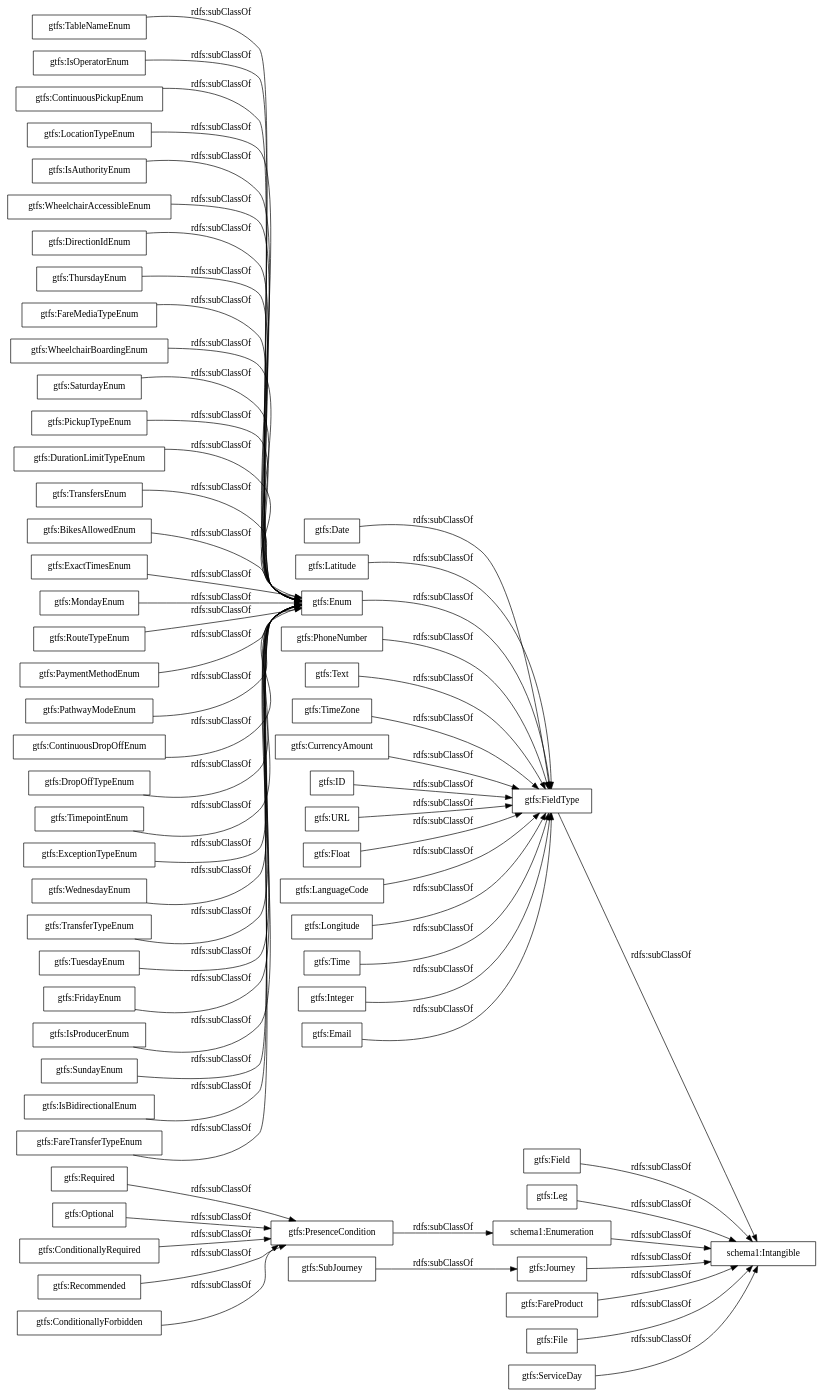
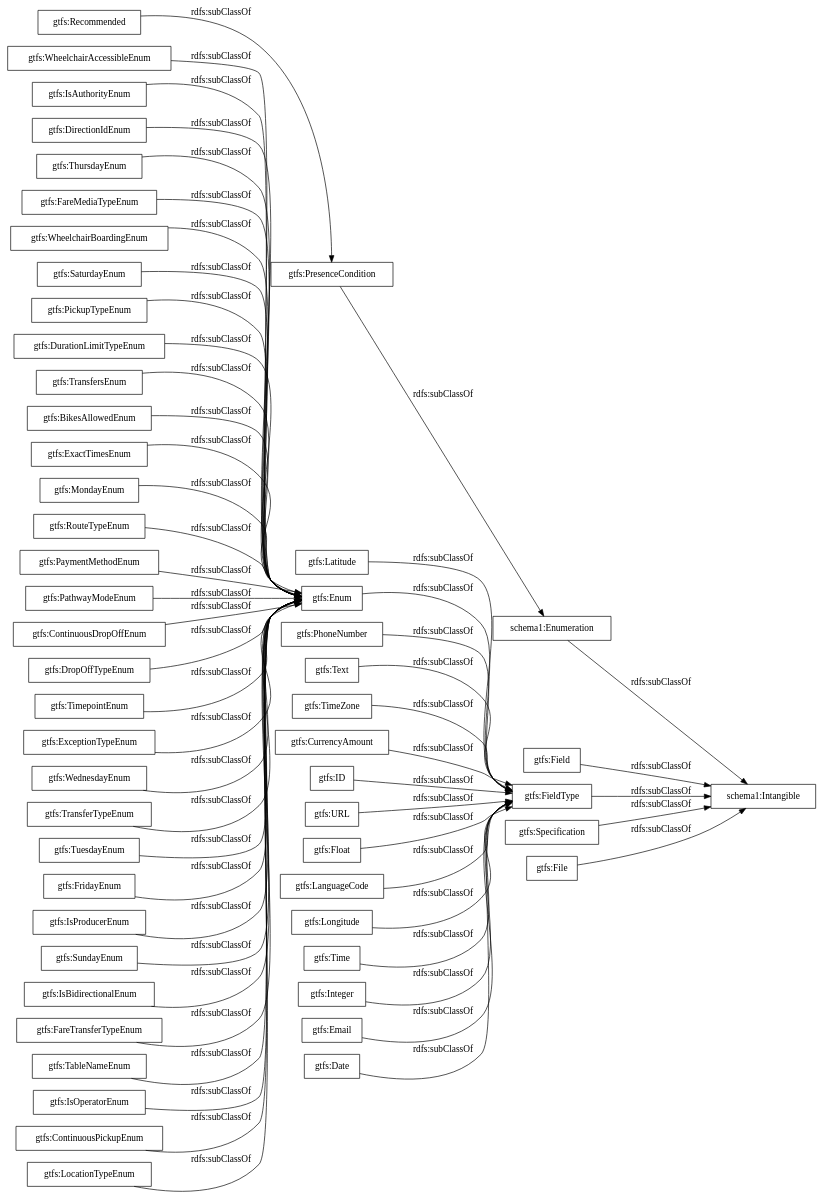
Before and after one commit to UTEL-UIUC/GTFS_Ontology: the diagram in OnToology/GTFS_base.ttl/diagrams/ar2dtool-taxonomy/GTFS_base.ttl.png.dot, drawn with Graphviz. The commit also changed 13 other files, not shown here.

```diff
--- a/OnToology/GTFS_base.ttl/diagrams/ar2dtool-taxonomy/GTFS_base.ttl.png.dot
+++ b/OnToology/GTFS_base.ttl/diagrams/ar2dtool-taxonomy/GTFS_base.ttl.png.dot
@@ -1,68 +1,60 @@
 digraph ar2dtool_diagram { 
 rankdir=LR;
 size="1000"
-node [shape = rectangle, color="black"]; "gtfs:Required" "gtfs:WheelchairAccessibleEnum" "gtfs:DirectionIdEnum" "schema1:Intangible" "gtfs:PhoneNumber" "gtfs:ThursdayEnum" "gtfs:FareMediaTypeEnum" "gtfs:WheelchairBoardingEnum" "gtfs:SaturdayEnum" "gtfs:Text" "gtfs:PickupTypeEnum" "gtfs:DurationLimitTypeEnum" "gtfs:TransfersEnum" "gtfs:TimeZone" "gtfs:BikesAllowedEnum" "gtfs:CurrencyAmount" "gtfs:SubJourney" "gtfs:Field" "gtfs:ExactTimesEnum" "gtfs:ID" "gtfs:MondayEnum" "gtfs:RouteTypeEnum" "gtfs:Leg" "gtfs:URL" "gtfs:PaymentMethodEnum" "gtfs:PathwayModeEnum" "gtfs:Float" "gtfs:ContinuousDropOffEnum" "gtfs:DropOffTypeEnum" "schema1:Enumeration" "gtfs:TimepointEnum" "gtfs:ExceptionTypeEnum" "gtfs:WednesdayEnum" "gtfs:LanguageCode" "gtfs:TransferTypeEnum" "gtfs:Longitude" "gtfs:TuesdayEnum" "gtfs:FridayEnum" "gtfs:FieldType" "gtfs:Journey" "gtfs:Optional" "gtfs:Time" "gtfs:IsProducerEnum" "gtfs:SundayEnum" "gtfs:FareProduct" "gtfs:IsBidirectionalEnum" "gtfs:FareTransferTypeEnum" "gtfs:File" "gtfs:Integer" "gtfs:ServiceDay" "gtfs:Email" "gtfs:ConditionallyRequired" "gtfs:TableNameEnum" "gtfs:IsOperatorEnum" "gtfs:ContinuousPickupEnum" "gtfs:Recommended" "gtfs:LocationTypeEnum" "gtfs:ConditionallyForbidden" "gtfs:Date" "gtfs:PresenceCondition" "gtfs:Enum" "gtfs:Latitude" "gtfs:IsAuthorityEnum" ; /*classes style*/
+node [shape = rectangle, color="black"]; "gtfs:WheelchairAccessibleEnum" "gtfs:DirectionIdEnum" "schema1:Intangible" "gtfs:PhoneNumber" "gtfs:ThursdayEnum" "gtfs:FareMediaTypeEnum" "gtfs:WheelchairBoardingEnum" "gtfs:SaturdayEnum" "gtfs:Text" "gtfs:PickupTypeEnum" "gtfs:DurationLimitTypeEnum" "gtfs:TransfersEnum" "gtfs:TimeZone" "gtfs:BikesAllowedEnum" "gtfs:CurrencyAmount" "gtfs:Field" "gtfs:ExactTimesEnum" "gtfs:ID" "gtfs:MondayEnum" "gtfs:RouteTypeEnum" "gtfs:URL" "gtfs:PaymentMethodEnum" "gtfs:PathwayModeEnum" "gtfs:Float" "gtfs:ContinuousDropOffEnum" "gtfs:DropOffTypeEnum" "schema1:Enumeration" "gtfs:TimepointEnum" "gtfs:ExceptionTypeEnum" "gtfs:Specification" "gtfs:WednesdayEnum" "gtfs:LanguageCode" "gtfs:TransferTypeEnum" "gtfs:Longitude" "gtfs:TuesdayEnum" "gtfs:FridayEnum" "gtfs:FieldType" "gtfs:Time" "gtfs:IsProducerEnum" "gtfs:SundayEnum" "gtfs:IsBidirectionalEnum" "gtfs:FareTransferTypeEnum" "gtfs:File" "gtfs:Integer" "gtfs:Email" "gtfs:TableNameEnum" "gtfs:IsOperatorEnum" "gtfs:ContinuousPickupEnum" "gtfs:Recommended" "gtfs:LocationTypeEnum" "gtfs:Date" "gtfs:PresenceCondition" "gtfs:Enum" "gtfs:Latitude" "gtfs:IsAuthorityEnum" ; /*classes style*/
 	"gtfs:PhoneNumber" -> "gtfs:FieldType" [ label = "rdfs:subClassOf" ];
 	"schema1:Enumeration" -> "schema1:Intangible" [ label = "rdfs:subClassOf" ];
 	"gtfs:ContinuousDropOffEnum" -> "gtfs:Enum" [ label = "rdfs:subClassOf" ];
-	"gtfs:FareProduct" -> "schema1:Intangible" [ label = "rdfs:subClassOf" ];
 	"gtfs:TransfersEnum" -> "gtfs:Enum" [ label = "rdfs:subClassOf" ];
 	"gtfs:IsOperatorEnum" -> "gtfs:Enum" [ label = "rdfs:subClassOf" ];
 	"gtfs:Integer" -> "gtfs:FieldType" [ label = "rdfs:subClassOf" ];
 	"gtfs:TimeZone" -> "gtfs:FieldType" [ label = "rdfs:subClassOf" ];
 	"gtfs:ExactTimesEnum" -> "gtfs:Enum" [ label = "rdfs:subClassOf" ];
 	"gtfs:SundayEnum" -> "gtfs:Enum" [ label = "rdfs:subClassOf" ];
 	"gtfs:PaymentMethodEnum" -> "gtfs:Enum" [ label = "rdfs:subClassOf" ];
 	"gtfs:DirectionIdEnum" -> "gtfs:Enum" [ label = "rdfs:subClassOf" ];
 	"gtfs:Email" -> "gtfs:FieldType" [ label = "rdfs:subClassOf" ];
 	"gtfs:TimepointEnum" -> "gtfs:Enum" [ label = "rdfs:subClassOf" ];
 	"gtfs:DropOffTypeEnum" -> "gtfs:Enum" [ label = "rdfs:subClassOf" ];
 	"gtfs:Text" -> "gtfs:FieldType" [ label = "rdfs:subClassOf" ];
 	"gtfs:Recommended" -> "gtfs:PresenceCondition" [ label = "rdfs:subClassOf" ];
 	"gtfs:FridayEnum" -> "gtfs:Enum" [ label = "rdfs:subClassOf" ];
 	"gtfs:TableNameEnum" -> "gtfs:Enum" [ label = "rdfs:subClassOf" ];
 	"gtfs:PathwayModeEnum" -> "gtfs:Enum" [ label = "rdfs:subClassOf" ];
 	"gtfs:DurationLimitTypeEnum" -> "gtfs:Enum" [ label = "rdfs:subClassOf" ];
 	"gtfs:FieldType" -> "schema1:Intangible" [ label = "rdfs:subClassOf" ];
 	"gtfs:ContinuousPickupEnum" -> "gtfs:Enum" [ label = "rdfs:subClassOf" ];
 	"gtfs:Date" -> "gtfs:FieldType" [ label = "rdfs:subClassOf" ];
 	"gtfs:WednesdayEnum" -> "gtfs:Enum" [ label = "rdfs:subClassOf" ];
 	"gtfs:IsProducerEnum" -> "gtfs:Enum" [ label = "rdfs:subClassOf" ];
 	"gtfs:TuesdayEnum" -> "gtfs:Enum" [ label = "rdfs:subClassOf" ];
 	"gtfs:CurrencyAmount" -> "gtfs:FieldType" [ label = "rdfs:subClassOf" ];
 	"gtfs:Field" -> "schema1:Intangible" [ label = "rdfs:subClassOf" ];
 	"gtfs:LanguageCode" -> "gtfs:FieldType" [ label = "rdfs:subClassOf" ];
-	"gtfs:FareTransferTypeEnum" -> "gtfs:Enum" [ label = "rdfs:subClassOf" ];
 	"gtfs:PickupTypeEnum" -> "gtfs:Enum" [ label = "rdfs:subClassOf" ];
 	"gtfs:ThursdayEnum" -> "gtfs:Enum" [ label = "rdfs:subClassOf" ];
-	"gtfs:Required" -> "gtfs:PresenceCondition" [ label = "rdfs:subClassOf" ];
+	"gtfs:FareTransferTypeEnum" -> "gtfs:Enum" [ label = "rdfs:subClassOf" ];
 	"gtfs:File" -> "schema1:Intangible" [ label = "rdfs:subClassOf" ];
-	"gtfs:ServiceDay" -> "schema1:Intangible" [ label = "rdfs:subClassOf" ];
 	"gtfs:MondayEnum" -> "gtfs:Enum" [ label = "rdfs:subClassOf" ];
 	"gtfs:ID" -> "gtfs:FieldType" [ label = "rdfs:subClassOf" ];
 	"gtfs:BikesAllowedEnum" -> "gtfs:Enum" [ label = "rdfs:subClassOf" ];
-	"gtfs:ConditionallyForbidden" -> "gtfs:PresenceCondition" [ label = "rdfs:subClassOf" ];
+	"gtfs:Specification" -> "schema1:Intangible" [ label = "rdfs:subClassOf" ];
 	"gtfs:SaturdayEnum" -> "gtfs:Enum" [ label = "rdfs:subClassOf" ];
 	"gtfs:ExceptionTypeEnum" -> "gtfs:Enum" [ label = "rdfs:subClassOf" ];
 	"gtfs:RouteTypeEnum" -> "gtfs:Enum" [ label = "rdfs:subClassOf" ];
 	"gtfs:LocationTypeEnum" -> "gtfs:Enum" [ label = "rdfs:subClassOf" ];
 	"gtfs:WheelchairBoardingEnum" -> "gtfs:Enum" [ label = "rdfs:subClassOf" ];
 	"gtfs:Time" -> "gtfs:FieldType" [ label = "rdfs:subClassOf" ];
 	"gtfs:IsBidirectionalEnum" -> "gtfs:Enum" [ label = "rdfs:subClassOf" ];
 	"gtfs:PresenceCondition" -> "schema1:Enumeration" [ label = "rdfs:subClassOf" ];
 	"gtfs:IsAuthorityEnum" -> "gtfs:Enum" [ label = "rdfs:subClassOf" ];
-	"gtfs:SubJourney" -> "gtfs:Journey" [ label = "rdfs:subClassOf" ];
 	"gtfs:TransferTypeEnum" -> "gtfs:Enum" [ label = "rdfs:subClassOf" ];
-	"gtfs:Journey" -> "schema1:Intangible" [ label = "rdfs:subClassOf" ];
-	"gtfs:ConditionallyRequired" -> "gtfs:PresenceCondition" [ label = "rdfs:subClassOf" ];
 	"gtfs:Latitude" -> "gtfs:FieldType" [ label = "rdfs:subClassOf" ];
 	"gtfs:Float" -> "gtfs:FieldType" [ label = "rdfs:subClassOf" ];
-	"gtfs:Optional" -> "gtfs:PresenceCondition" [ label = "rdfs:subClassOf" ];
 	"gtfs:FareMediaTypeEnum" -> "gtfs:Enum" [ label = "rdfs:subClassOf" ];
-	"gtfs:Leg" -> "schema1:Intangible" [ label = "rdfs:subClassOf" ];
 	"gtfs:Longitude" -> "gtfs:FieldType" [ label = "rdfs:subClassOf" ];
 	"gtfs:Enum" -> "gtfs:FieldType" [ label = "rdfs:subClassOf" ];
 	"gtfs:URL" -> "gtfs:FieldType" [ label = "rdfs:subClassOf" ];
 	"gtfs:WheelchairAccessibleEnum" -> "gtfs:Enum" [ label = "rdfs:subClassOf" ];
 
 }
```
